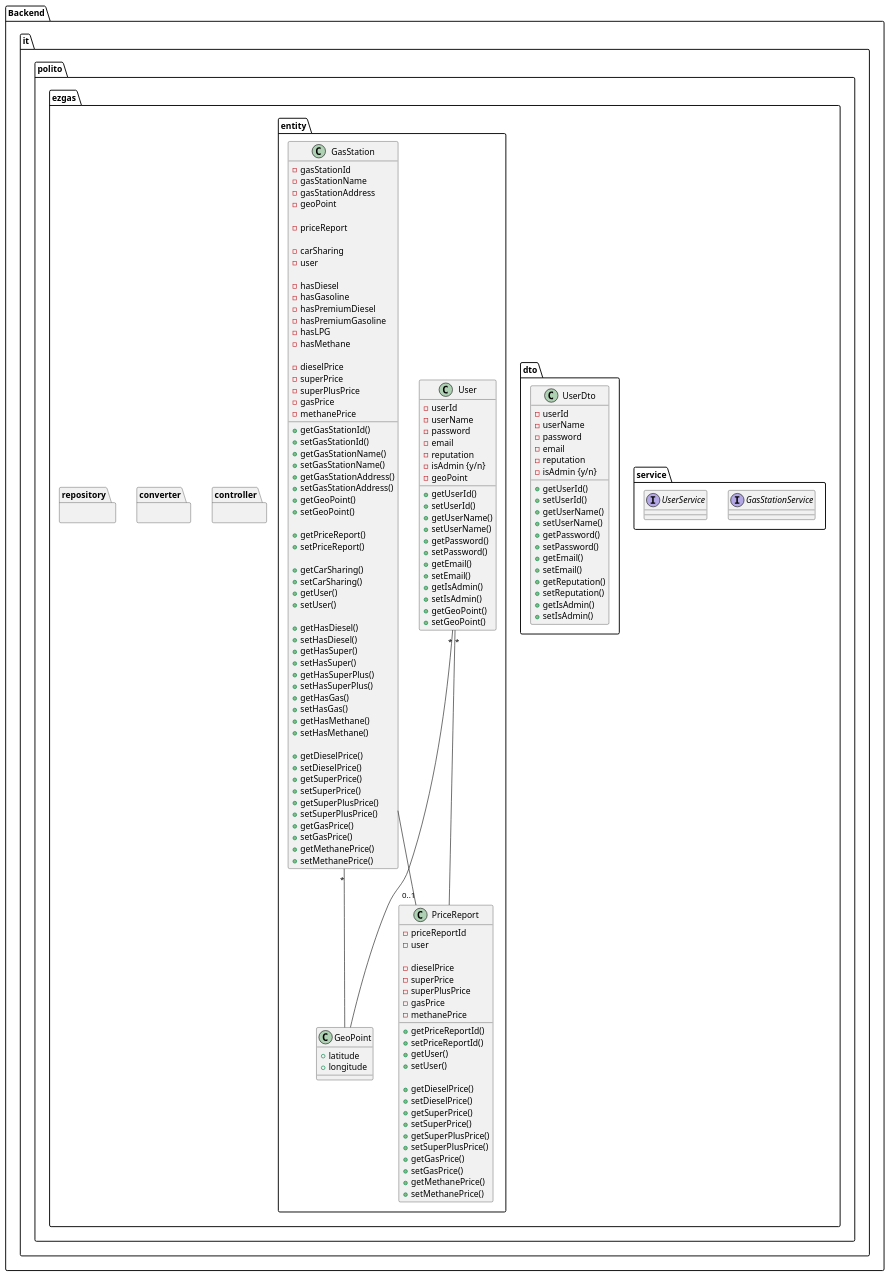
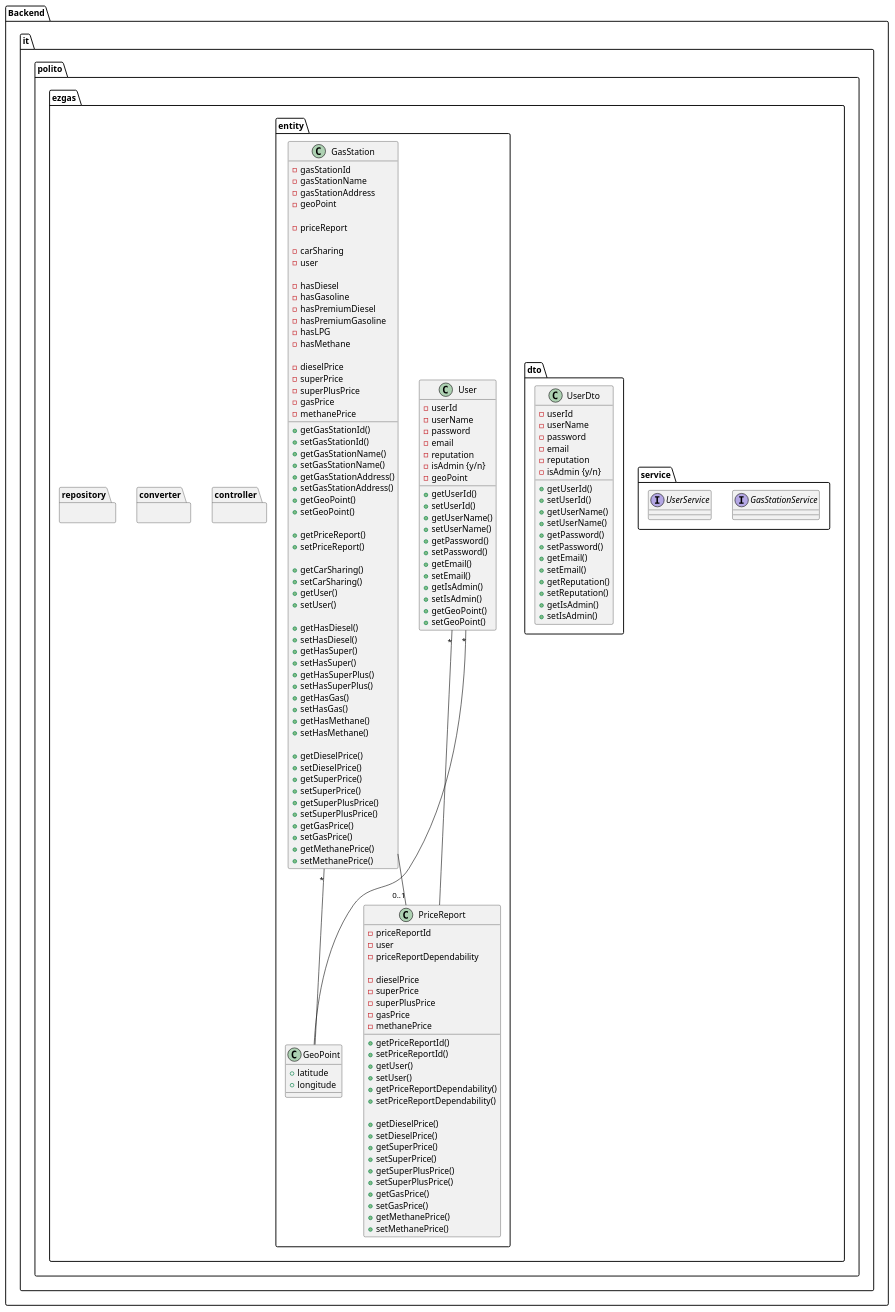
The fourth of 4 diagrams in docs/DesignDocument.md (e-caste/SoftEng-EZGas), drawn with PlantUML before and after one commit.

Commit message:
add priceReportDependability and corresponding methods to PriceReport Entity class

```diff
--- a/docs/DesignDocument.md
+++ b/docs/DesignDocument.md
@@ -356,6 +356,7 @@
         class PriceReport {
          - priceReportId
          - user
+         - priceReportDependability
          
          - dieselPrice
          - superPrice
@@ -366,6 +367,8 @@
             + setPriceReportId()
             + getUser()
             + setUser()
+            + getPriceReportDependability()
+            + setPriceReportDependability()
 
             + getDieselPrice()
             + setDieselPrice()
```
